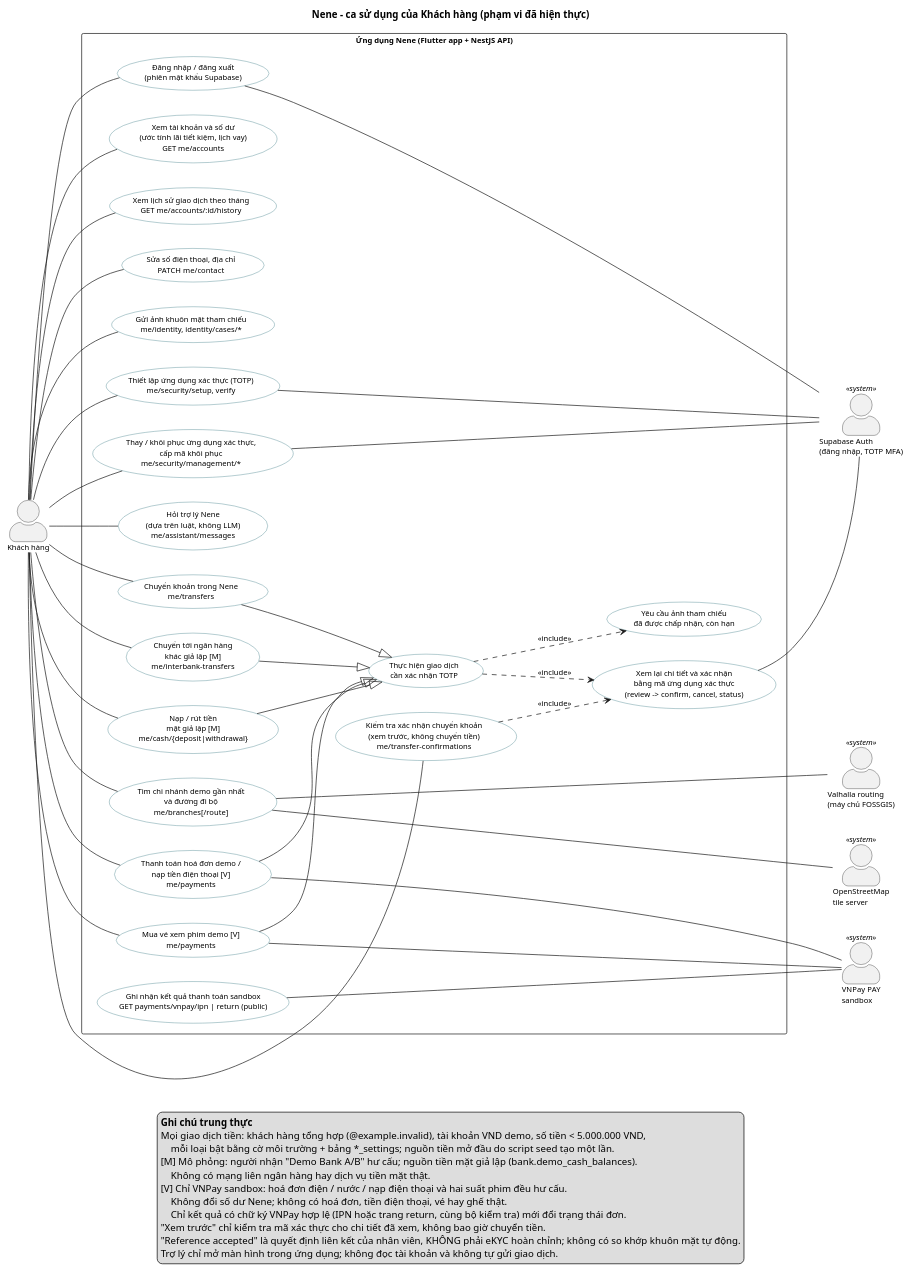
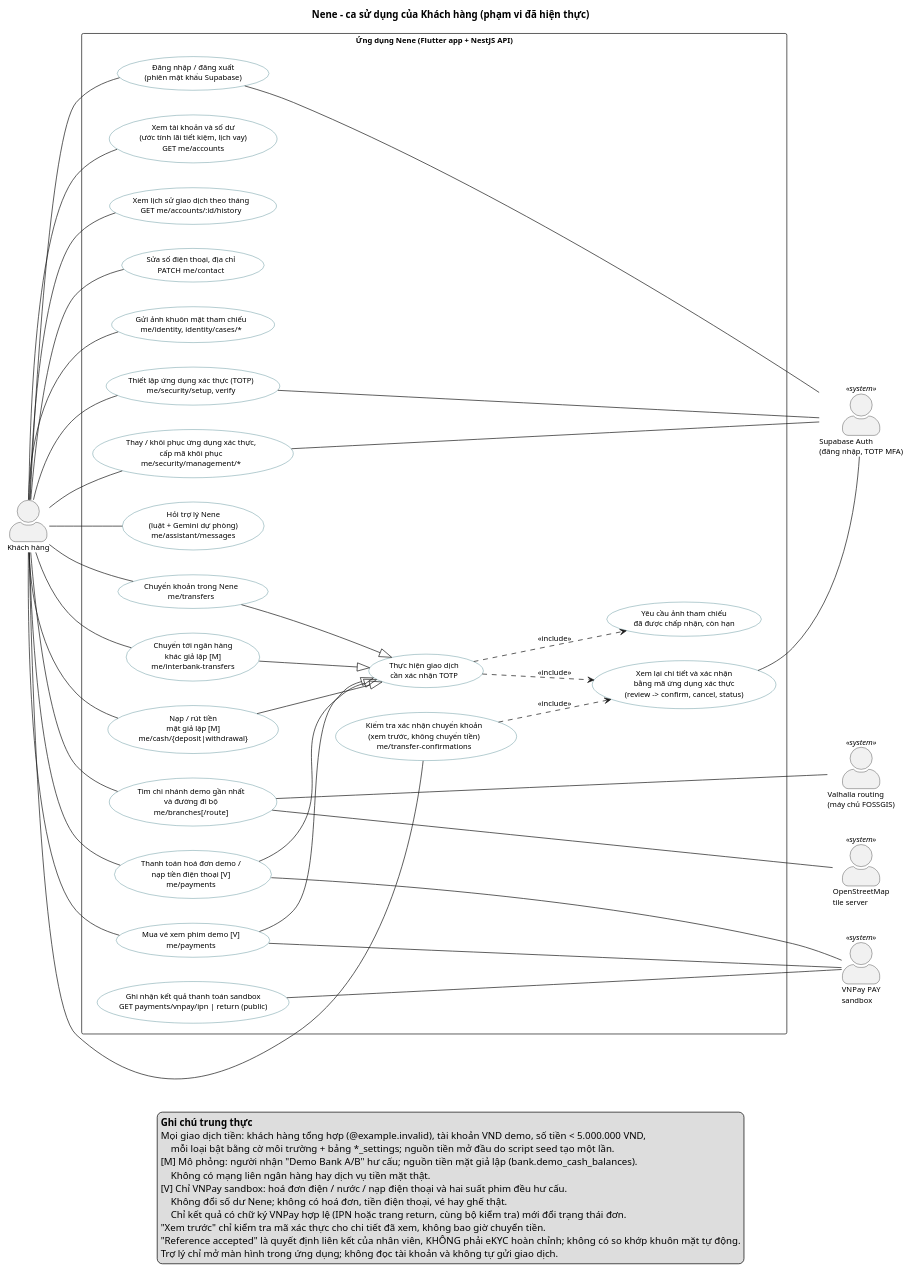
The diagram in report/picture/ch2/puml/usecase-customer.puml (tamir39/nene), drawn with PlantUML before and after one commit. The commit also changed 21 other files, not shown here.

First line of the commit message:
docs(report): describe the Gemini assistant fallback and fix diagrams

```diff
--- a/report/picture/ch2/puml/usecase-customer.puml
+++ b/report/picture/ch2/puml/usecase-customer.puml
@@ -1,96 +1,96 @@
 @startuml usecase-customer
 ' Nene - UML use-case diagram (1/2): Customer. Derived from the registered NestJS
 ' routes (backend/src/**/*.controller.ts) and the customer destinations in
 ' app/lib/ui/customer_workspace.dart (_Page enum) and sibling screens.
 ' Route hints are relative to /api/v1. Only implemented behaviour is shown.
 ' Tags: [M] simulated, [V] VNPay sandbox - see legend. Main @ 31148c9.
 
 title Nene - ca sử dụng của Khách hàng (phạm vi đã hiện thực)
 
 left to right direction
 skinparam shadowing false
 skinparam defaultFontSize 11
 skinparam usecase {
   BackgroundColor #FFFFFF
   BorderColor #286E78
 }
 skinparam actorStyle awesome
 
 actor "Khách hàng" as Customer
 actor "Supabase Auth\n(đăng nhập, TOTP MFA)" as SupaAuth <<system>>
 actor "VNPay PAY\nsandbox" as Vnpay <<system>>
 actor "Valhalla routing\n(máy chủ FOSSGIS)" as Valhalla <<system>>
 actor "OpenStreetMap\ntile server" as Osm <<system>>
 
 rectangle "Ứng dụng Nene (Flutter app + NestJS API)" {
   usecase "Đăng nhập / đăng xuất\n(phiên mật khẩu Supabase)" as UC_Sign
   usecase "Xem tài khoản và số dư\n(ước tính lãi tiết kiệm, lịch vay)\nGET me/accounts" as UC_Accounts
   usecase "Xem lịch sử giao dịch theo tháng\nGET me/accounts/:id/history" as UC_History
   usecase "Sửa số điện thoại, địa chỉ\nPATCH me/contact" as UC_Contact
   usecase "Gửi ảnh khuôn mặt tham chiếu\nme/identity, identity/cases/*" as UC_Ref
   usecase "Thiết lập ứng dụng xác thực (TOTP)\nme/security/setup, verify" as UC_Totp
   usecase "Thay / khôi phục ứng dụng xác thực,\ncấp mã khôi phục\nme/security/management/*" as UC_Manage
   usecase "Tìm chi nhánh demo gần nhất\nvà đường đi bộ\nme/branches[/route]" as UC_Branch
-  usecase "Hỏi trợ lý Nene\n(dựa trên luật, không LLM)\nme/assistant/messages" as UC_Assistant
+  usecase "Hỏi trợ lý Nene\n(luật + Gemini dự phòng)\nme/assistant/messages" as UC_Assistant
   usecase "Kiểm tra xác nhận chuyển khoản\n(xem trước, không chuyển tiền)\nme/transfer-confirmations" as UC_Preview
   usecase "Chuyển khoản trong Nene\nme/transfers" as UC_Transfer
   usecase "Chuyển tới ngân hàng\nkhác giả lập [M]\nme/interbank-transfers" as UC_Interbank
   usecase "Nạp / rút tiền\nmặt giả lập [M]\nme/cash/{deposit|withdrawal}" as UC_Cash
   usecase "Thanh toán hoá đơn demo /\nnạp tiền điện thoại [V]\nme/payments" as UC_Bill
   usecase "Mua vé xem phim demo [V]\nme/payments" as UC_Movie
   usecase "Thực hiện giao dịch\ncần xác nhận TOTP" as UC_Op
   usecase "Xem lại chi tiết và xác nhận\nbằng mã ứng dụng xác thực\n(review -> confirm, cancel, status)" as UC_Confirm
   usecase "Yêu cầu ảnh tham chiếu\nđã được chấp nhận, còn hạn" as UC_RefCheck
   usecase "Ghi nhận kết quả thanh toán sandbox\nGET payments/vnpay/ipn | return (public)" as UC_Ipn
 }
 
 Customer -- UC_Sign
 Customer -- UC_Accounts
 Customer -- UC_History
 Customer -- UC_Contact
 Customer -- UC_Ref
 Customer -- UC_Totp
 Customer -- UC_Manage
 Customer -- UC_Branch
 Customer -- UC_Assistant
 Customer -- UC_Preview
 Customer -- UC_Transfer
 Customer -- UC_Interbank
 Customer -- UC_Cash
 Customer -- UC_Bill
 Customer -- UC_Movie
 
 UC_Transfer --|> UC_Op
 UC_Interbank --|> UC_Op
 UC_Cash --|> UC_Op
 UC_Bill --|> UC_Op
 UC_Movie --|> UC_Op
 UC_Op ..> UC_Confirm : <<include>>
 UC_Op ..> UC_RefCheck : <<include>>
 UC_Preview ..> UC_Confirm : <<include>>
 
 UC_Sign ---- SupaAuth
 UC_Totp ---- SupaAuth
 UC_Manage ---- SupaAuth
 UC_Confirm -- SupaAuth
 UC_Bill ---- Vnpay
 UC_Movie ---- Vnpay
 UC_Ipn ---- Vnpay
 UC_Branch ---- Valhalla
 UC_Branch ---- Osm
 
 legend bottom
   <b>Ghi chú trung thực</b>
   Mọi giao dịch tiền: khách hàng tổng hợp (@example.invalid), tài khoản VND demo, số tiền < 5.000.000 VND,
       mỗi loại bật bằng cờ môi trường + bảng *_settings; nguồn tiền mở đầu do script seed tạo một lần.
   [M] Mô phỏng: người nhận "Demo Bank A/B" hư cấu; nguồn tiền mặt giả lập (bank.demo_cash_balances).
       Không có mạng liên ngân hàng hay dịch vụ tiền mặt thật.
   [V] Chỉ VNPay sandbox: hoá đơn điện / nước / nạp điện thoại và hai suất phim đều hư cấu.
       Không đổi số dư Nene; không có hoá đơn, tiền điện thoại, vé hay ghế thật.
       Chỉ kết quả có chữ ký VNPay hợp lệ (IPN hoặc trang return, cùng bộ kiểm tra) mới đổi trạng thái đơn.
   "Xem trước" chỉ kiểm tra mã xác thực cho chi tiết đã xem, không bao giờ chuyển tiền.
   "Reference accepted" là quyết định liên kết của nhân viên, KHÔNG phải eKYC hoàn chỉnh; không có so khớp khuôn mặt tự động.
   Trợ lý chỉ mở màn hình trong ứng dụng; không đọc tài khoản và không tự gửi giao dịch.
 endlegend
 
 @enduml
```
